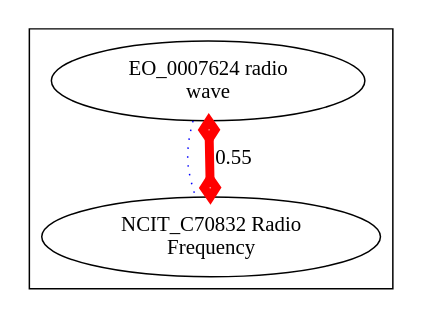
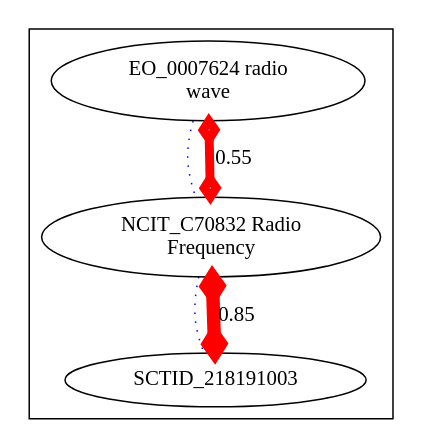
The diagram in target/img-EO_0007624.dot (cmungall/radiation-ontology), drawn with Graphviz before and after one commit. The commit also changed 20 other files, not shown here.

```diff
--- a/target/img-EO_0007624.dot
+++ b/target/img-EO_0007624.dot
@@ -1,8 +1,13 @@
 digraph cliquegraph {
 subgraph cluster_EO_0007624 {EO_0007624 [ label="EO_0007624 radio
 wave" ];
+SCTID_218191003 [ label="SCTID_218191003 " ];
 NCIT_C70832 [ label="NCIT_C70832 Radio
 Frequency" ];}
 EO_0007624 -> NCIT_C70832 [ arrowhead = none, penwidth=1, color=blue, label="", style=dotted]
+
+NCIT_C70832 -> SCTID_218191003 [ arrowhead = none, penwidth=1, color=blue, label="", style=dotted]
+NCIT_C70832 -> SCTID_218191003 [ arrowhead = ediamond, penwidth=9, color=red, label="0.85", style=solid, arrowtail=ediamond, dir=both]
+
 EO_0007624 -> NCIT_C70832 [ arrowhead = ediamond, penwidth=6, color=red, label="0.55", style=solid, arrowtail=ediamond, dir=both]
 }
```
